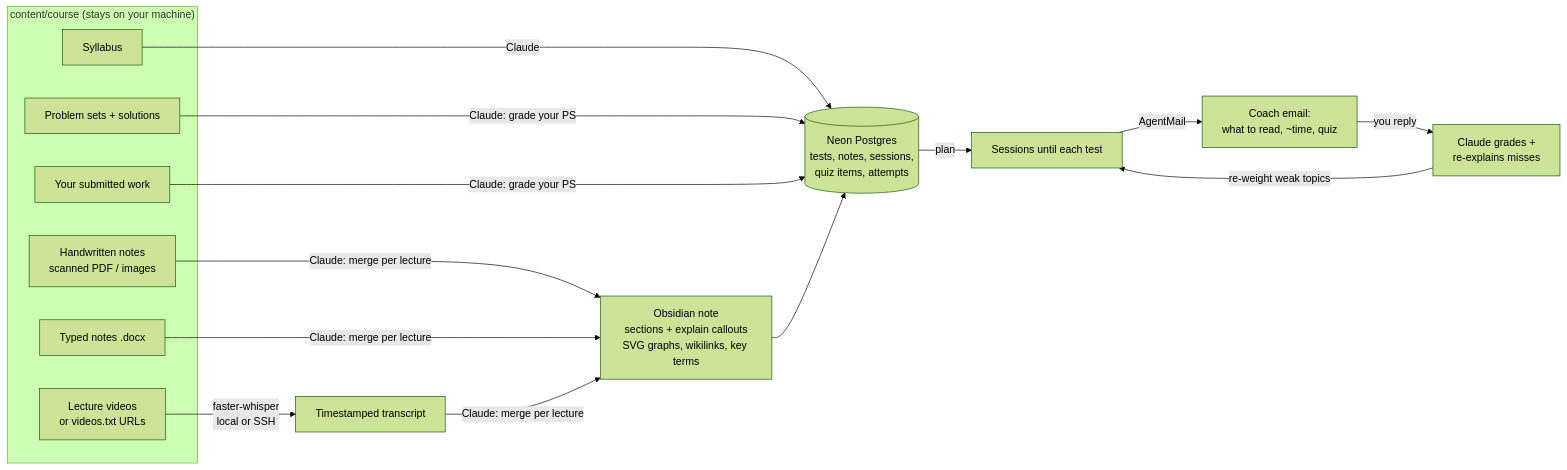
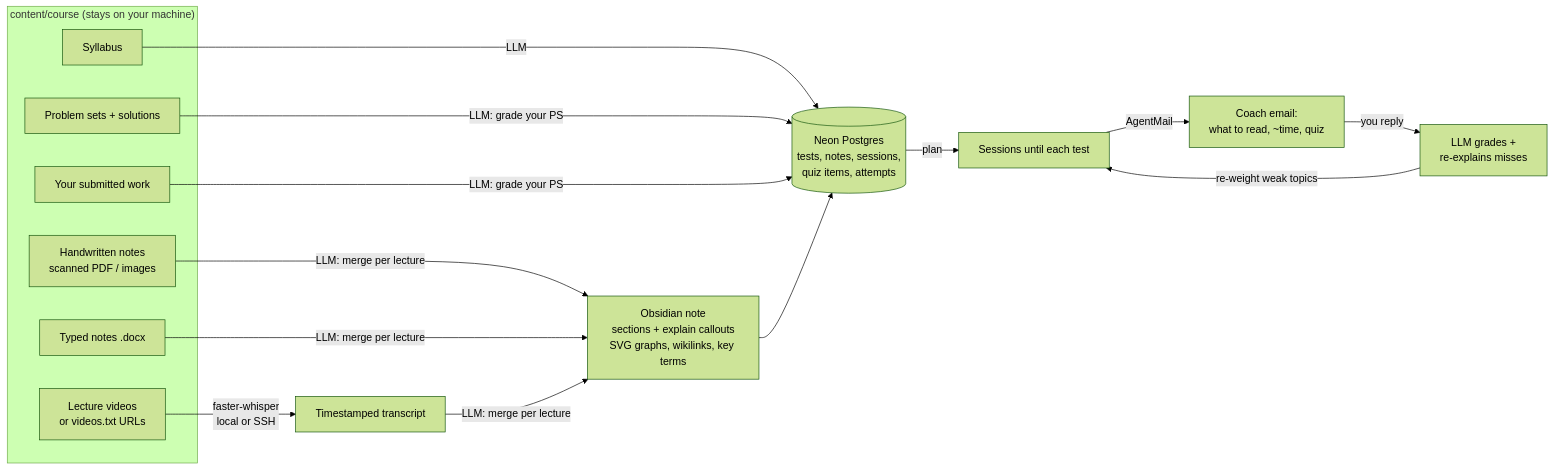
The diagram in README.md (nolandruid/notething), drawn with Mermaid (forest theme) before and after one commit. The commit also changed other lines of this file and 8 other files, not shown here.

````diff
--- a/README.md
+++ b/README.md
@@ -9,20 +9,20 @@
 ```mermaid
 flowchart LR
   subgraph local["content/course (stays on your machine)"]
     A[Handwritten notes<br/>scanned PDF / images]
     B[Typed notes .docx]
     V[Lecture videos<br/>or videos.txt URLs]
     S[Syllabus]
     P[Problem sets + solutions]
     W[Your submitted work]
   end
   V -->|faster-whisper<br/>local or SSH| T[Timestamped transcript]
-  A & B & T -->|Claude: merge per lecture| N[Obsidian note<br/>sections + explain callouts<br/>SVG graphs, wikilinks, key terms]
-  S -->|Claude| X[(Neon Postgres<br/>tests, notes, sessions,<br/>quiz items, attempts)]
-  P & W -->|Claude: grade your PS| X
+  A & B & T -->|LLM: merge per lecture| N[Obsidian note<br/>sections + explain callouts<br/>SVG graphs, wikilinks, key terms]
+  S -->|LLM| X[(Neon Postgres<br/>tests, notes, sessions,<br/>quiz items, attempts)]
+  P & W -->|LLM: grade your PS| X
   N --> X
   X -->|plan| Sch[Sessions until each test]
   Sch -->|AgentMail| E[Coach email:<br/>what to read, ~time, quiz]
-  E -->|you reply| G[Claude grades +<br/>re-explains misses]
+  E -->|you reply| G[LLM grades +<br/>re-explains misses]
   G -->|re-weight weak topics| Sch
 ```
````
